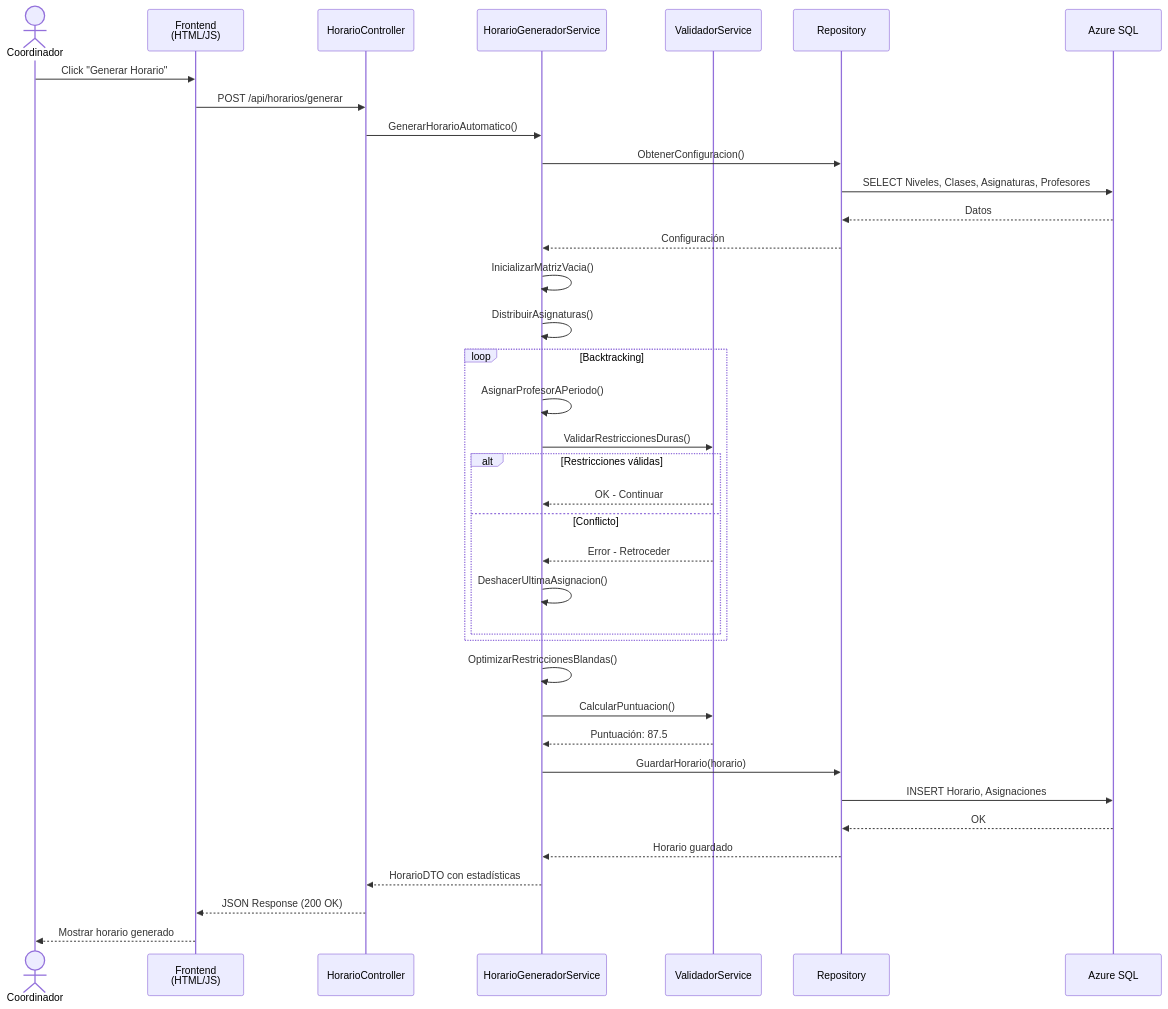
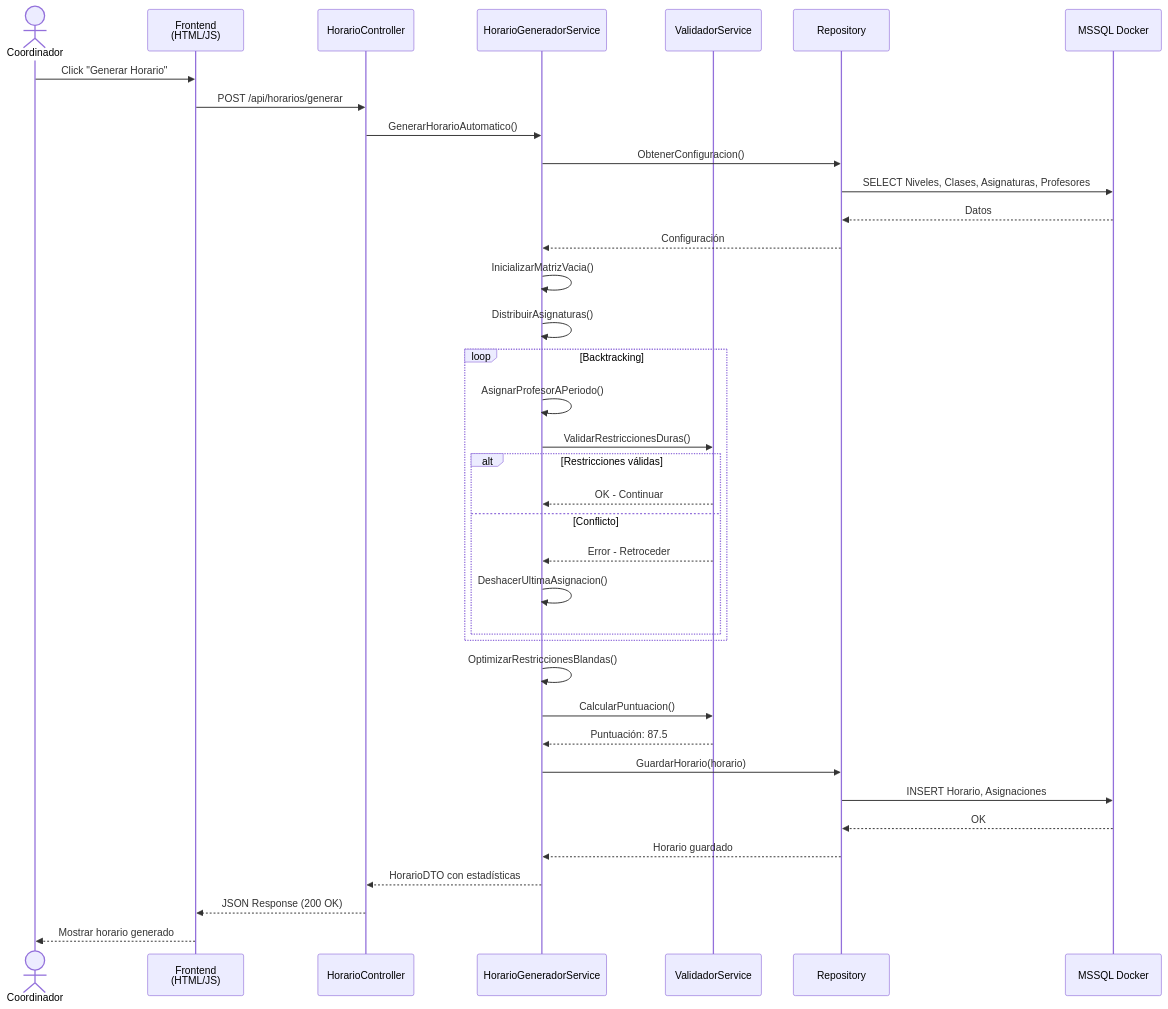
Before and after one commit to lhalha01/gestion_horarios: the ninth of 12 diagrams in SRS-Horarios.md, drawn with Mermaid. The commit also changed other lines of this file, not shown here.

Commit message:
Actualizar especificaciones: migrar de Azure SQL a MSSQL Server en Docker

````diff
--- a/SRS-Horarios.md
+++ b/SRS-Horarios.md
@@ -1892,47 +1960,47 @@
 ```mermaid
 sequenceDiagram
     actor Usuario as Coordinador
     participant UI as Frontend<br/>(HTML/JS)
     participant API as HorarioController
     participant Svc as HorarioGeneradorService
     participant Val as ValidadorService
     participant Repo as Repository
-    participant DB as Azure SQL
+    participant DB as MSSQL Docker
     
     Usuario->>UI: Click "Generar Horario"
     UI->>API: POST /api/horarios/generar
     API->>Svc: GenerarHorarioAutomatico()
     
     Svc->>Repo: ObtenerConfiguracion()
     Repo->>DB: SELECT Niveles, Clases, Asignaturas, Profesores
     DB-->>Repo: Datos
     Repo-->>Svc: Configuración
     
     Svc->>Svc: InicializarMatrizVacia()
     Svc->>Svc: DistribuirAsignaturas()
     
     loop Backtracking
         Svc->>Svc: AsignarProfesorAPeriodo()
         Svc->>Val: ValidarRestriccionesDuras()
         
         alt Restricciones válidas
             Val-->>Svc: OK - Continuar
         else Conflicto
             Val-->>Svc: Error - Retroceder
             Svc->>Svc: DeshacerUltimaAsignacion()
         end
     end
     
     Svc->>Svc: OptimizarRestriccionesBlandas()
     Svc->>Val: CalcularPuntuacion()
     Val-->>Svc: Puntuación: 87.5
     
     Svc->>Repo: GuardarHorario(horario)
     Repo->>DB: INSERT Horario, Asignaciones
     DB-->>Repo: OK
     Repo-->>Svc: Horario guardado
     
     Svc-->>API: HorarioDTO con estadísticas
     API-->>UI: JSON Response (200 OK)
     UI-->>Usuario: Mostrar horario generado
 ```
````
